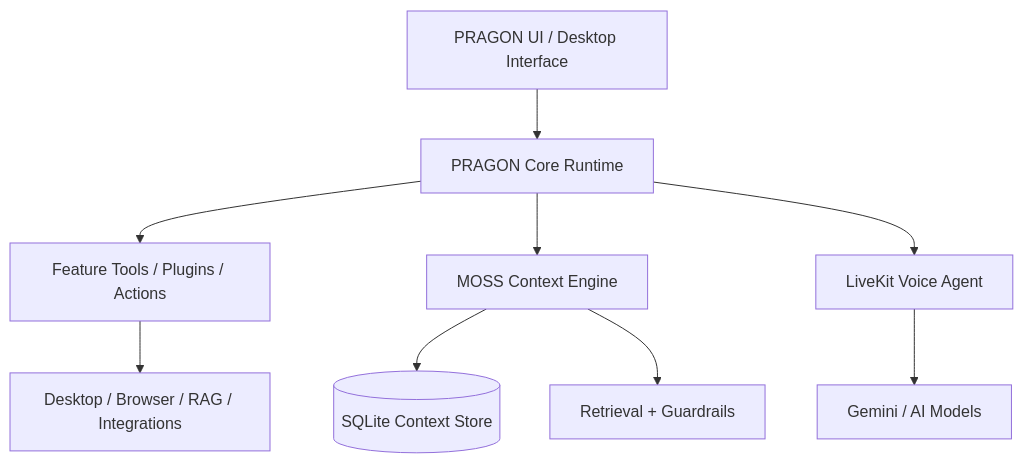
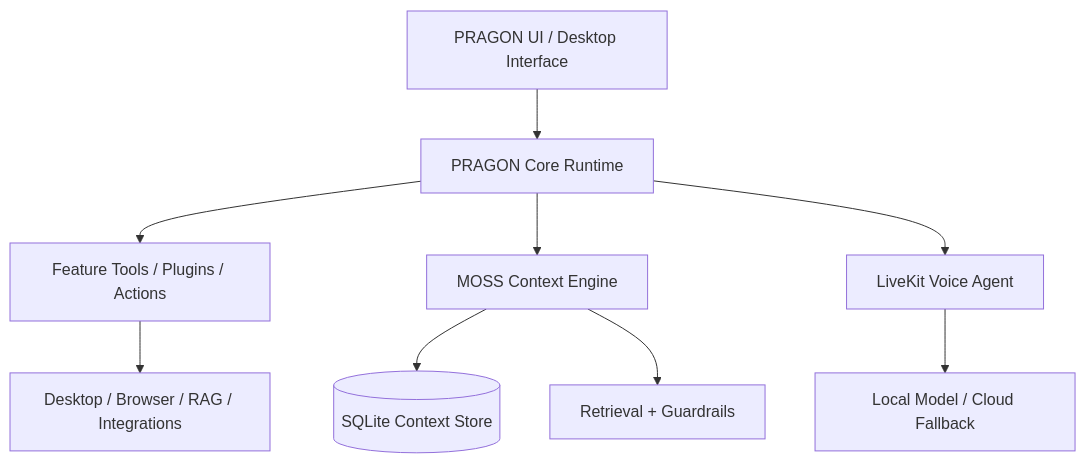
One commit to Ponnarasu-P/pragon_v1.0 changed the diagram in README.md. Above: the diagram before and after it, drawn with Mermaid. The commit also changed other lines of this file, not shown here.

````diff
--- a/README.md
+++ b/README.md
@@ -30,11 +655,11 @@
 ```mermaid
 flowchart TD
     UI[PRAGON UI / Desktop Interface] --> CORE[PRAGON Core Runtime]
     CORE --> TOOLS[Feature Tools / Plugins / Actions]
     CORE --> MEMORY[MOSS Context Engine]
     MEMORY --> STORE[(SQLite Context Store)]
     MEMORY --> RETRIEVAL[Retrieval + Guardrails]
     CORE --> VOICE[LiveKit Voice Agent]
-    VOICE --> LLM[Gemini / AI Models]
+    VOICE --> LLM[Local Model / Cloud Fallback]
     TOOLS --> SYSTEM[Desktop / Browser / RAG / Integrations]
 ```
````
